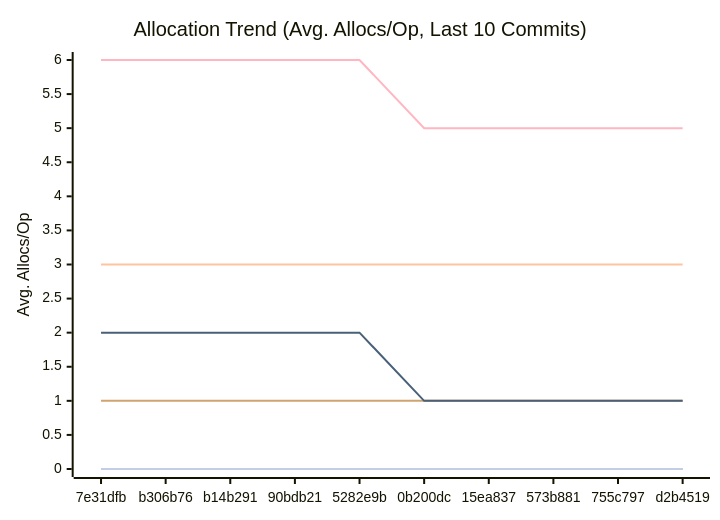
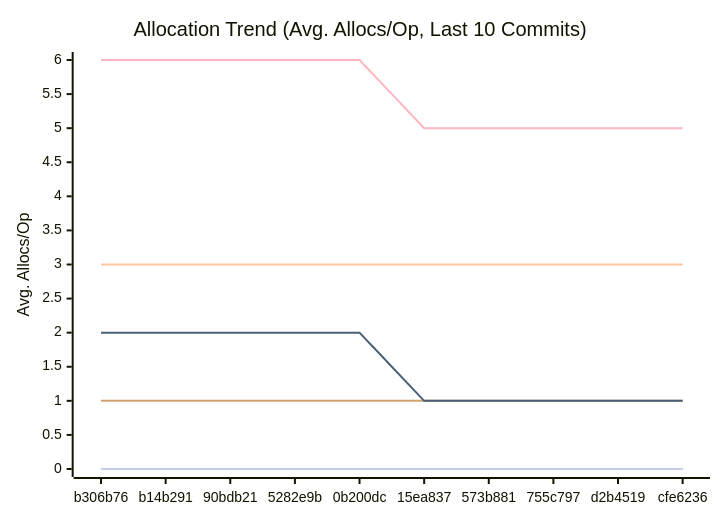
One commit to alsotoes/momo changed the third of 3 diagrams in docs/PERFORMANCE.md. Above: the diagram before and after it, drawn with Mermaid. The commit also changed other lines of this file and 2 other files, not shown here.

````diff
--- a/docs/PERFORMANCE.md
+++ b/docs/PERFORMANCE.md
@@ -114,16 +114,16 @@
 ```mermaid
 xychart-beta
     title "Allocation Trend (Avg. Allocs/Op, Last 10 Commits)"
     x-axis "Commit"
     y-axis "Avg. Allocs/Op"
-    x-axis [7e31dfb,b306b76,b14b291,90bdb21,5282e9b,0b200dc,15ea837,573b881,755c797,d2b4519]
+    x-axis [b306b76,b14b291,90bdb21,5282e9b,0b200dc,15ea837,573b881,755c797,d2b4519,cfe6236]
     line "CheckMetricsAndSwap" [0,0,0,0,0,0,0,0,0,0]
     line "CrushOptimized" [0,0,0,0,0,0,0,0,0,0]
     line "CrushOriginal" [3,3,3,3,3,3,3,3,3,3]
     line "IndexDirectTracking" [0,0,0,0,0,0,0,0,0,0]
     line "IndexSearch" [0,0,0,0,0,0,0,0,0,0]
     line "LoadGlobalConfig" [1,1,1,1,1,1,1,1,1,1]
     line "PadString" [0,0,0,0,0,0,0,0,0,0]
     line "ParseReplicationOrder_NoPrealloc" [6,6,6,6,6,5,5,5,5,5]
     line "ParseReplicationOrder_Prealloc" [2,2,2,2,2,1,1,1,1,1]
 ```
````
